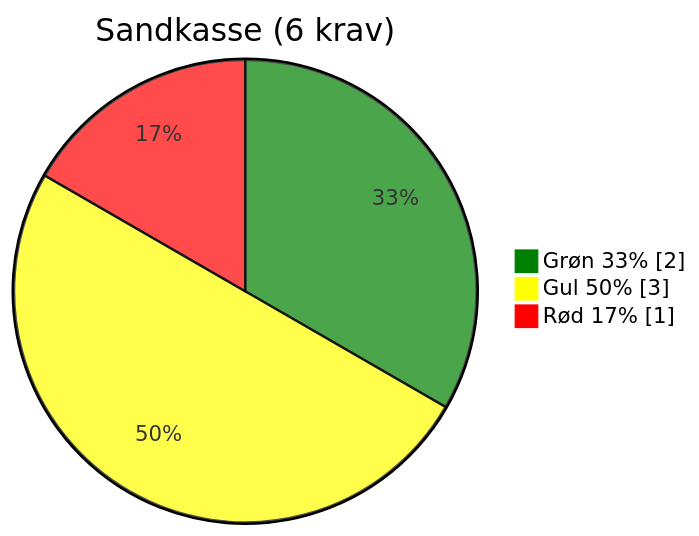
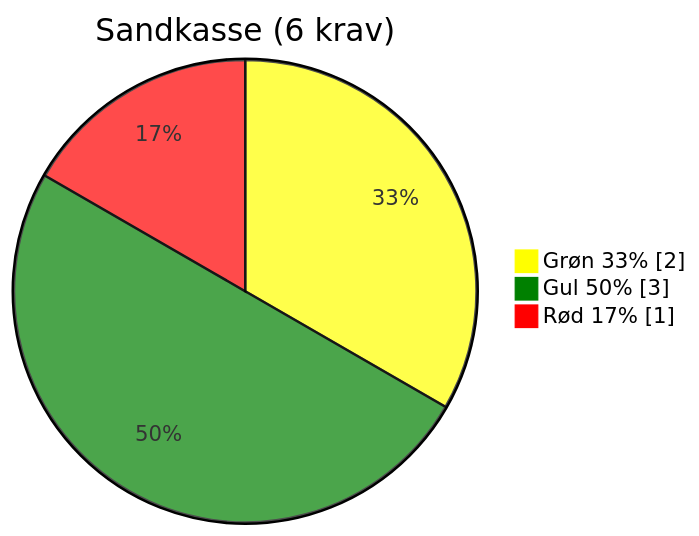
One commit to OS2offdig/os2-product-audits changed the first of 5 diagrams in 2025-09-audits/os2-skadesøkonomi_assessment_2025-09-01.md. Above: the diagram before and after it, drawn with Mermaid.

Commit message:
It puzzles me this coloring of pie charts

````diff
--- a/2025-09-audits/os2-skadesøkonomi_assessment_2025-09-01.md
+++ b/2025-09-audits/os2-skadesøkonomi_assessment_2025-09-01.md
@@ -122,10 +122,10 @@
 ```mermaid
 %%{init: {"themeVariables": {
-  "pie1": "#008000", "pie2": "#FFFF00", "pie3": "#FF0000"
+  "pie2": "#008000", "pie1": "#FFFF00", "pie3": "#FF0000"
 }}}%%
 pie showData
   title Sandkasse (6 krav)
   "Grøn 33%" : 2
   "Gul 50%"  : 3
   "Rød 17%"  : 1
 ```
````
